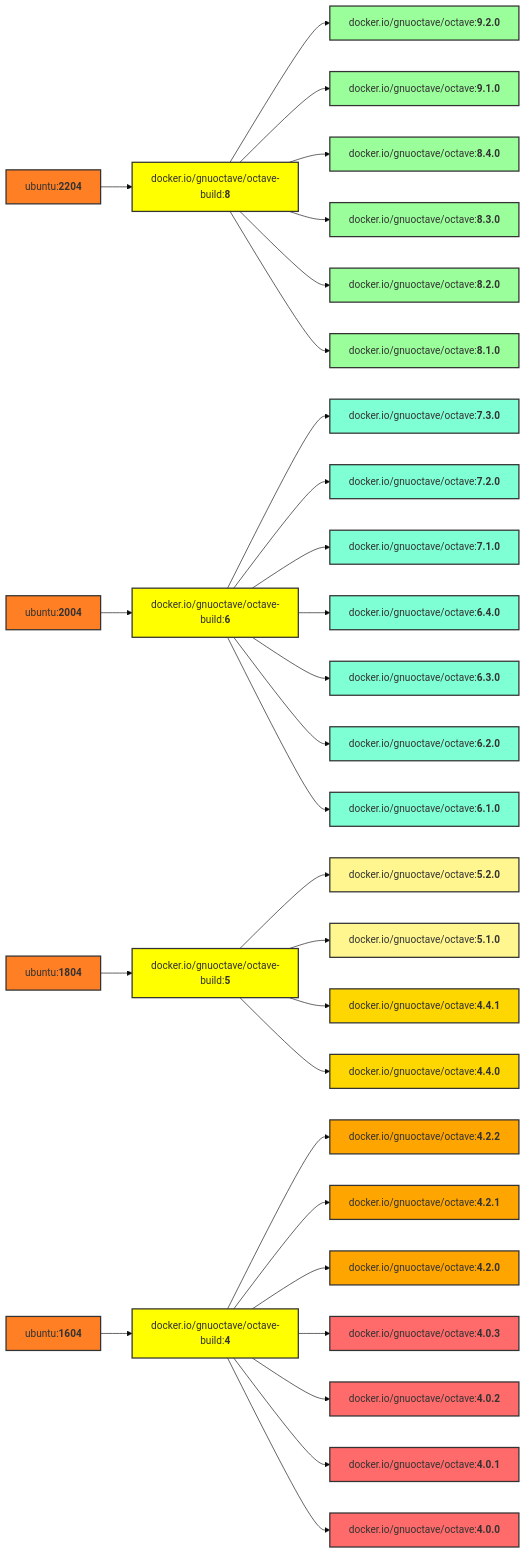
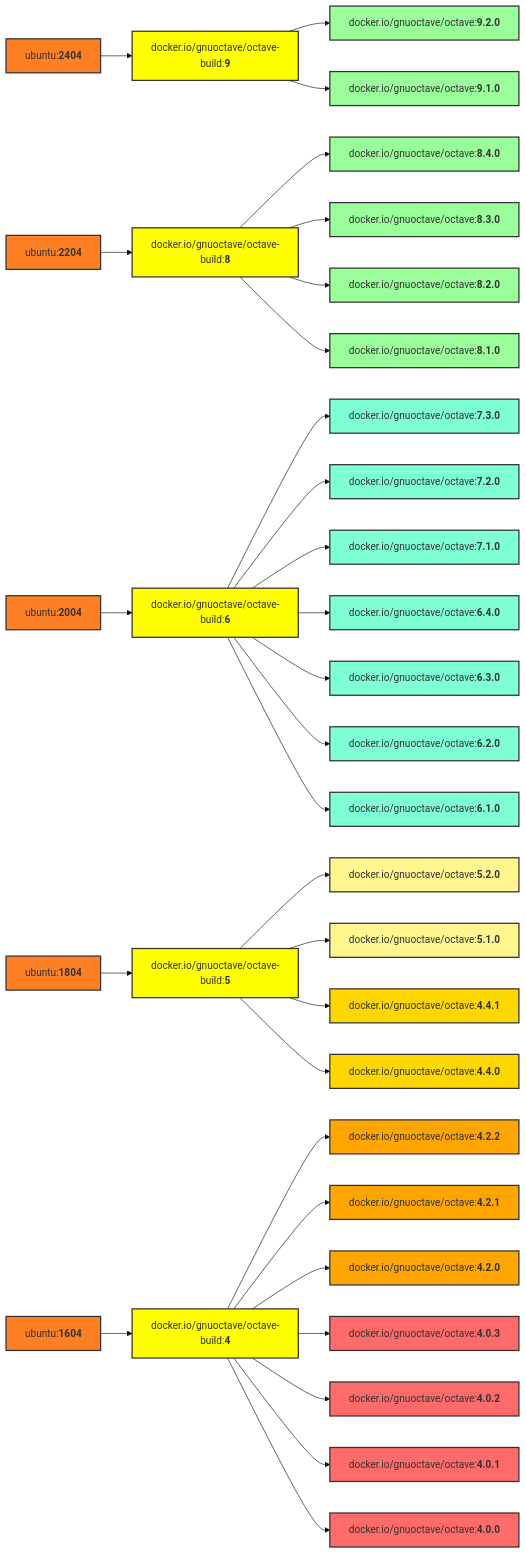
The diagram in README.md (gnu-octave/docker), drawn with Mermaid (base theme) before and after one commit.

Commit message:
README.md: update

````diff
--- a/README.md
+++ b/README.md
@@ -93,71 +93,74 @@
 ```mermaid
 graph LR
+    U5[ubuntu:<b>2404</b>] --> b9[docker.io/gnuoctave/octave-build:<b>9</b>];
     U4[ubuntu:<b>2204</b>] --> b8[docker.io/gnuoctave/octave-build:<b>8</b>];
     U3[ubuntu:<b>2004</b>] --> b6[docker.io/gnuoctave/octave-build:<b>6</b>];
     U2[ubuntu:<b>1804</b>] --> b5[docker.io/gnuoctave/octave-build:<b>5</b>];
     U1[ubuntu:<b>1604</b>] --> b4[docker.io/gnuoctave/octave-build:<b>4</b>];
-    b8 --> v920[docker.io/gnuoctave/octave:<b>9.2.0</b>];
-    b8 --> v910[docker.io/gnuoctave/octave:<b>9.1.0</b>];
+    b9 --> v920[docker.io/gnuoctave/octave:<b>9.2.0</b>];
+    b9 --> v910[docker.io/gnuoctave/octave:<b>9.1.0</b>];
     b8 --> v840[docker.io/gnuoctave/octave:<b>8.4.0</b>];
     b8 --> v830[docker.io/gnuoctave/octave:<b>8.3.0</b>];
     b8 --> v820[docker.io/gnuoctave/octave:<b>8.2.0</b>];
     b8 --> v810[docker.io/gnuoctave/octave:<b>8.1.0</b>];
     b6 --> v730[docker.io/gnuoctave/octave:<b>7.3.0</b>];
     b6 --> v720[docker.io/gnuoctave/octave:<b>7.2.0</b>];
     b6 --> v710[docker.io/gnuoctave/octave:<b>7.1.0</b>];
     b6 --> v640[docker.io/gnuoctave/octave:<b>6.4.0</b>];
     b6 --> v630[docker.io/gnuoctave/octave:<b>6.3.0</b>];
     b6 --> v620[docker.io/gnuoctave/octave:<b>6.2.0</b>];
     b6 --> v610[docker.io/gnuoctave/octave:<b>6.1.0</b>];
     b5 --> v520[docker.io/gnuoctave/octave:<b>5.2.0</b>];
     b5 --> v510[docker.io/gnuoctave/octave:<b>5.1.0</b>];
     b5 --> v441[docker.io/gnuoctave/octave:<b>4.4.1</b>];
     b5 --> v440[docker.io/gnuoctave/octave:<b>4.4.0</b>];
     b4 --> v422[docker.io/gnuoctave/octave:<b>4.2.2</b>];
     b4 --> v421[docker.io/gnuoctave/octave:<b>4.2.1</b>];
     b4 --> v420[docker.io/gnuoctave/octave:<b>4.2.0</b>];
     b4 --> v403[docker.io/gnuoctave/octave:<b>4.0.3</b>];
     b4 --> v402[docker.io/gnuoctave/octave:<b>4.0.2</b>];
     b4 --> v401[docker.io/gnuoctave/octave:<b>4.0.1</b>];
     b4 --> v400[docker.io/gnuoctave/octave:<b>4.0.0</b>];
     classDef U fill:#ff7f24,stroke:#333,stroke-width:2px;
     class U1 U;
     class U2 U;
     class U3 U;
     class U4 U;
+    class U5 U;
     classDef b fill:#ff0,stroke:#333,stroke-width:2px;
     class b4 b;
     class b5 b;
     class b6 b;
     class b8 b;
+    class b9 b;
     classDef age1 fill:#9aff9a,stroke:#333,stroke-width:2px;
     classDef age2 fill:#7fffd4,stroke:#333,stroke-width:2px;
     classDef age3 fill:#fff68f,stroke:#333,stroke-width:2px;
     classDef age4 fill:#ffd700,stroke:#333,stroke-width:2px;
     classDef age5 fill:#ffa500,stroke:#333,stroke-width:2px;
     classDef age6 fill:#ff6a6a,stroke:#333,stroke-width:2px;
     class v920 age1;
     class v910 age1;
     class v840 age1;
     class v830 age1;
     class v820 age1;
     class v810 age1;
     class v730 age2;
     class v720 age2;
     class v710 age2;
     class v640 age2;
     class v630 age2;
     class v620 age2;
     class v610 age2;
     class v520 age3;
     class v510 age3;
     class v441 age4;
     class v440 age4;
     class v422 age5;
     class v421 age5;
     class v420 age5;
     class v403 age6;
     class v402 age6;
     class v401 age6;
     class v400 age6;
 ```
````
